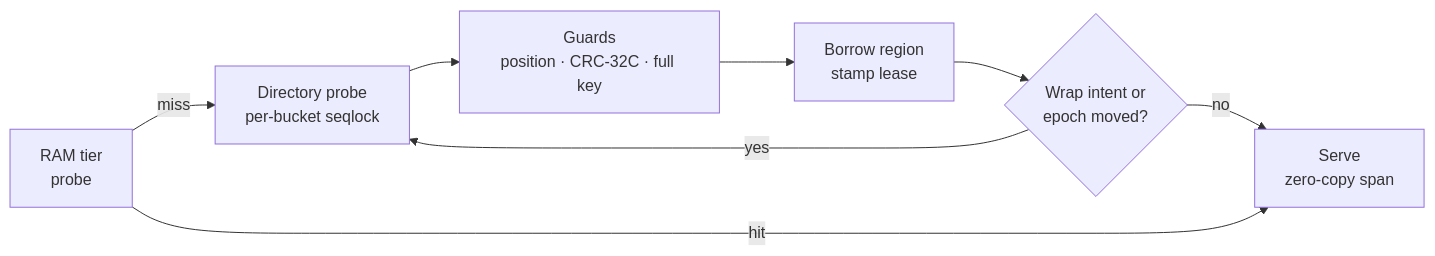
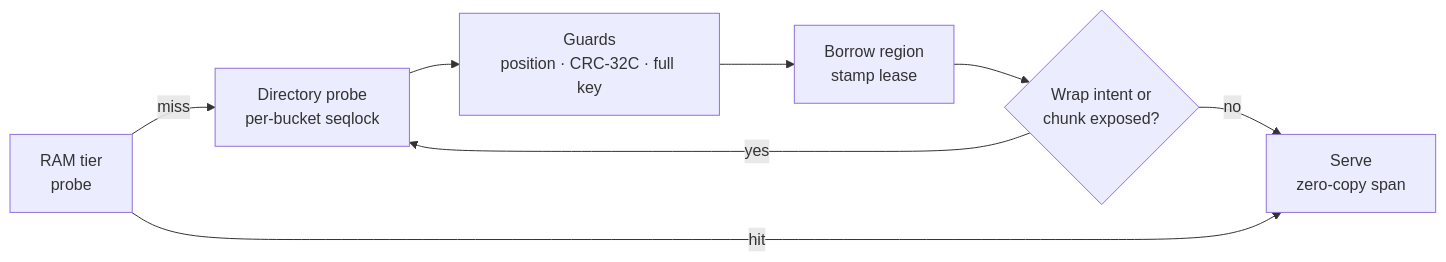
Before and after one commit to We-Amp/cyclone-cache: the second of 2 diagrams in README.md, drawn with Mermaid. The commit also changed other lines of this file and 34 other files, not shown here.

````diff
--- a/README.md
+++ b/README.md
@@ -80,10 +80,10 @@
 ```mermaid
 flowchart LR
     A["RAM tier<br/>probe"] -->|miss| B["Directory probe<br/>per-bucket seqlock"]
     B --> C["Guards<br/>position · CRC-32C · full key"]
     C --> D["Borrow region<br/>stamp lease"]
-    D --> G{"Wrap intent or<br/>epoch moved?"}
+    D --> G{"Wrap intent or<br/>chunk exposed?"}
     G -->|no| H["Serve<br/>zero-copy span"]
     G -->|yes| B
     A -->|hit| H
 ```
````
